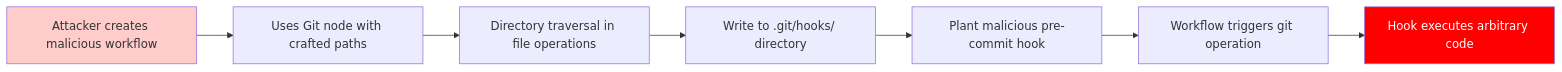
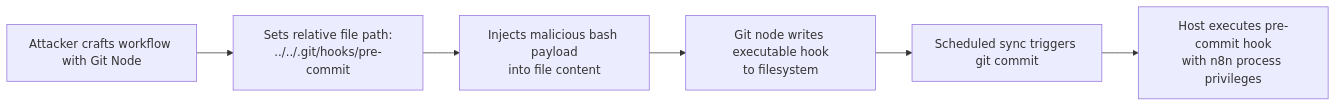
The third of 4 diagrams in News/Security/10.0_CVE_n8n-vulnerability.md (rsrini7/Learnings), drawn with Mermaid before and after one commit. The commit also changed other lines of this file and 14 other files, not shown here.

Commit message:
docs(security): add security diagrams and update Notepad++ references

````diff
--- a/News/Security/10.0_CVE_n8n-vulnerability.md
+++ b/News/Security/10.0_CVE_n8n-vulnerability.md
@@ -269,12 +152,8 @@
 ```mermaid
-graph LR
-    A["Attacker creates malicious workflow"] --> B["Uses Git node with crafted paths"]
-    B --> C["Directory traversal in file operations"]
-    C --> D["Write to .git/hooks/ directory"]
-    D --> E["Plant malicious pre-commit hook"]
-    E --> F["Workflow triggers git operation"]
-    F --> G["Hook executes arbitrary code"]
-    
-    style A fill:#ffcccc
-    style G fill:#ff0000,color:#fff
+flowchart LR
+    A["Attacker crafts workflow with Git Node"] --> B["Sets relative file path:<br/>../../.git/hooks/pre-commit"]
+    B --> C["Injects malicious bash payload<br/>into file content"]
+    C --> D["Git node writes executable hook<br/>to filesystem"]
+    D --> E["Scheduled sync triggers git commit"]
+    E --> F["Host executes pre-commit hook<br/>with n8n process privileges"]
 ```
````
